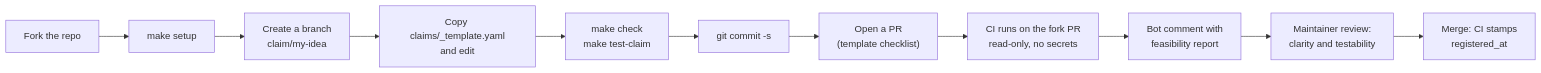
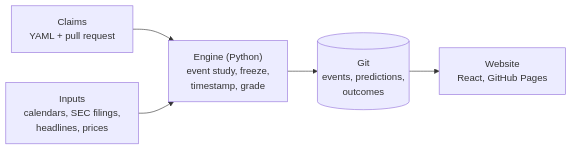
The diagram in README.md (McMuf/Spillover), drawn with Mermaid before and after one commit. The commit also changed other lines of this file and 11 other files, not shown here.

````diff
--- a/README.md
+++ b/README.md
@@ -744,13 +107,7 @@
 ```mermaid
 flowchart LR
-    A["Fork the repo"] --> B["make setup"]
-    B --> C["Create a branch<br/>claim/my-idea"]
-    C --> D["Copy claims/_template.yaml<br/>and edit"]
-    D --> E["make check<br/>make test-claim"]
-    E --> F["git commit -s"]
-    F --> G["Open a PR<br/>(template checklist)"]
-    G --> H["CI runs on the fork PR<br/>read-only, no secrets"]
-    H --> I["Bot comment with<br/>feasibility report"]
-    I --> J["Maintainer review:<br/>clarity and testability"]
-    J --> K["Merge: CI stamps<br/>registered_at"]
+    A["Claims<br/>YAML + pull request"] --> E
+    B["Inputs<br/>calendars, SEC filings,<br/>headlines, prices"] --> E
+    E["Engine (Python)<br/>event study, freeze,<br/>timestamp, grade"] --> G[("Git<br/>events, predictions,<br/>outcomes")]
+    G --> W["Website<br/>React, GitHub Pages"]
 ```
````
